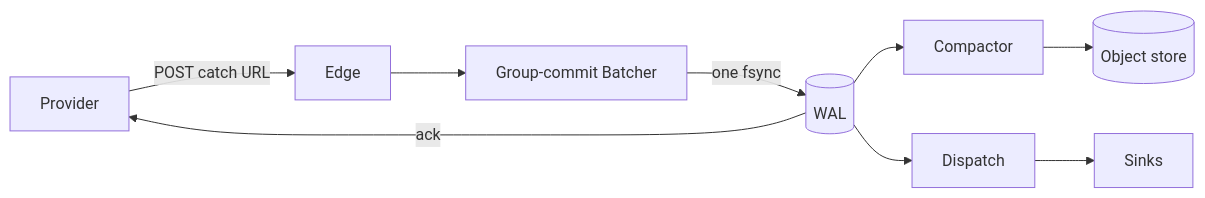
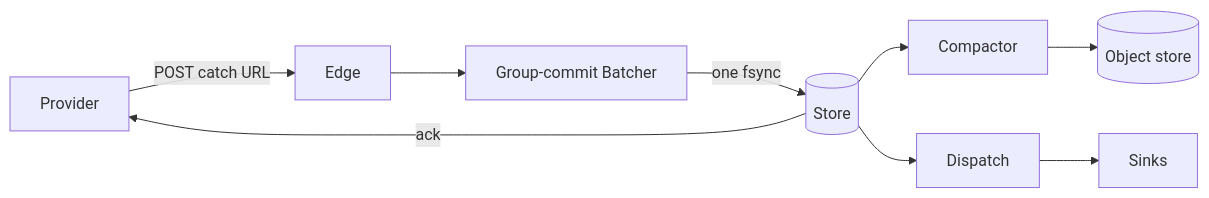
The first of 2 diagrams in README.md (jamescarr/ankusa), drawn with Mermaid before and after one commit. The commit also changed other lines of this file and 129 other files, not shown here.

Commit message:
feat(store)!: one RocksDB store replaces the WAL, DLQ and state files (#54)

````diff
--- a/README.md
+++ b/README.md
@@ -97,11 +99,11 @@
 ```mermaid
 flowchart LR
     P[Provider] -->|POST catch URL| E[Edge]
     E --> B[Group-commit Batcher]
-    B -->|one fsync| W[(WAL)]
+    B -->|one fsync| W[(Store)]
     W -->|ack| P
     W --> C[Compactor]
     W --> D[Dispatch]
     C --> S[(Object store)]
     D --> SK[Sinks]
 ```
````
